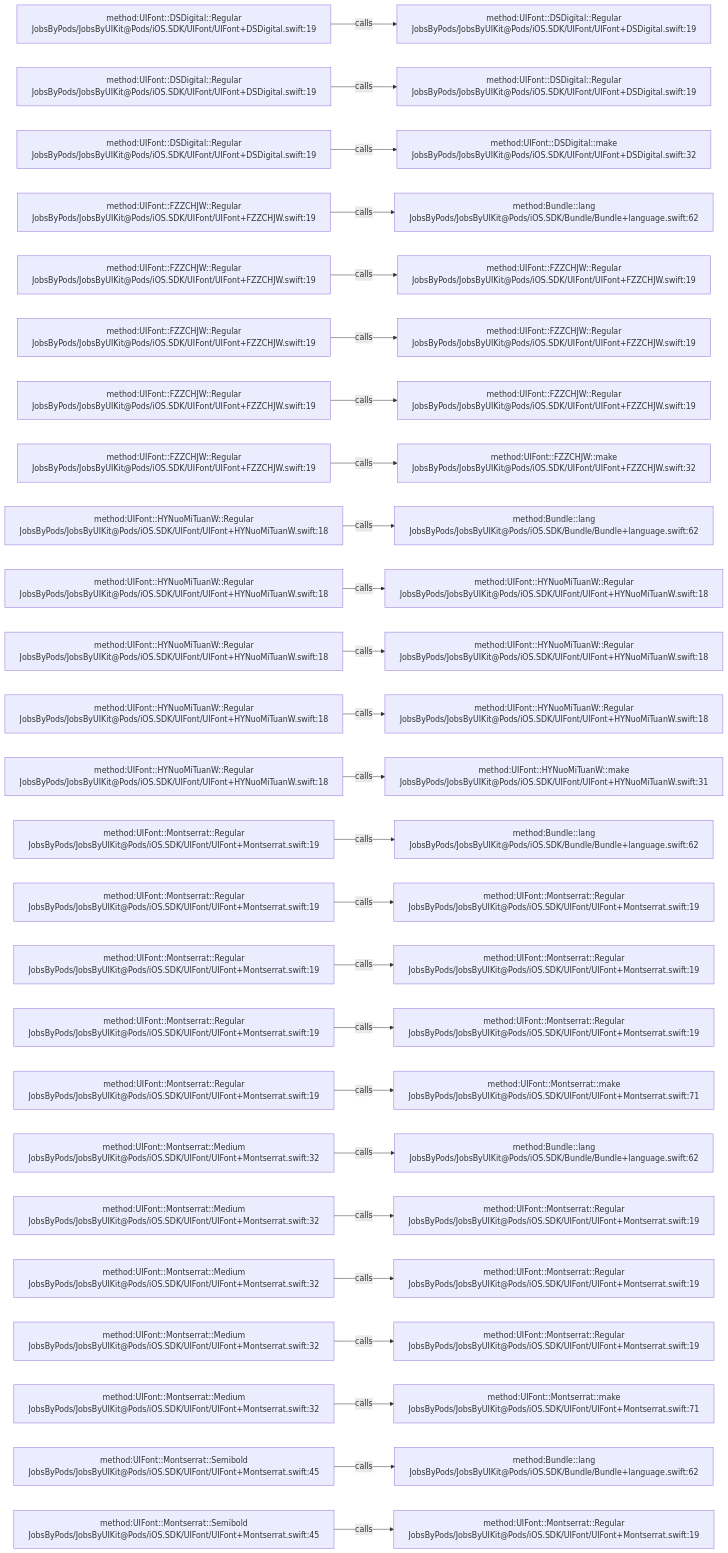
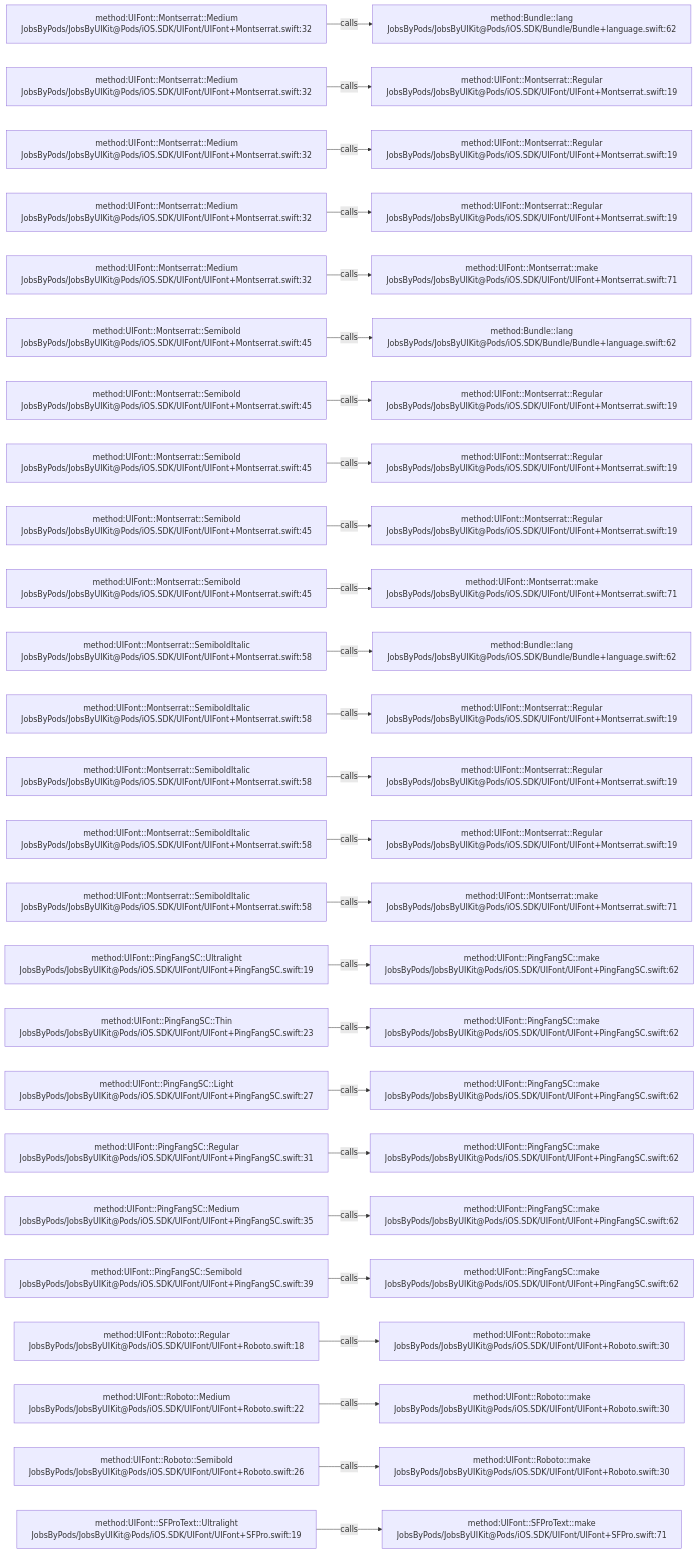
Before and after one commit to JobsKits/JobsSwiftBaseConfigDemo: the diagram in .codegraph/codegraph.md/graphs/calls-004.md, drawn with Mermaid. The commit also changed 2959 other files, not shown here.

````diff
--- a/.codegraph/codegraph.md/graphs/calls-004.md
+++ b/.codegraph/codegraph.md/graphs/calls-004.md
@@ -13,78 +13,78 @@
 ```mermaid
 flowchart LR
-  S1["method:UIFont::DSDigital::Regular<br/>JobsByPods/JobsByUIKit@Pods/iOS.SDK/UIFont/UIFont+DSDigital.swift:19"]
-  T1["method:UIFont::DSDigital::Regular<br/>JobsByPods/JobsByUIKit@Pods/iOS.SDK/UIFont/UIFont+DSDigital.swift:19"]
+  S1["method:UIFont::Montserrat::Medium<br/>JobsByPods/JobsByUIKit@Pods/iOS.SDK/UIFont/UIFont+Montserrat.swift:32"]
+  T1["method:Bundle::lang<br/>JobsByPods/JobsByUIKit@Pods/iOS.SDK/Bundle/Bundle+language.swift:62"]
   S1 -->|calls| T1
-  S2["method:UIFont::DSDigital::Regular<br/>JobsByPods/JobsByUIKit@Pods/iOS.SDK/UIFont/UIFont+DSDigital.swift:19"]
-  T2["method:UIFont::DSDigital::Regular<br/>JobsByPods/JobsByUIKit@Pods/iOS.SDK/UIFont/UIFont+DSDigital.swift:19"]
+  S2["method:UIFont::Montserrat::Medium<br/>JobsByPods/JobsByUIKit@Pods/iOS.SDK/UIFont/UIFont+Montserrat.swift:32"]
+  T2["method:UIFont::Montserrat::Regular<br/>JobsByPods/JobsByUIKit@Pods/iOS.SDK/UIFont/UIFont+Montserrat.swift:19"]
   S2 -->|calls| T2
-  S3["method:UIFont::DSDigital::Regular<br/>JobsByPods/JobsByUIKit@Pods/iOS.SDK/UIFont/UIFont+DSDigital.swift:19"]
-  T3["method:UIFont::DSDigital::make<br/>JobsByPods/JobsByUIKit@Pods/iOS.SDK/UIFont/UIFont+DSDigital.swift:32"]
+  S3["method:UIFont::Montserrat::Medium<br/>JobsByPods/JobsByUIKit@Pods/iOS.SDK/UIFont/UIFont+Montserrat.swift:32"]
+  T3["method:UIFont::Montserrat::Regular<br/>JobsByPods/JobsByUIKit@Pods/iOS.SDK/UIFont/UIFont+Montserrat.swift:19"]
   S3 -->|calls| T3
-  S4["method:UIFont::FZZCHJW::Regular<br/>JobsByPods/JobsByUIKit@Pods/iOS.SDK/UIFont/UIFont+FZZCHJW.swift:19"]
-  T4["method:Bundle::lang<br/>JobsByPods/JobsByUIKit@Pods/iOS.SDK/Bundle/Bundle+language.swift:62"]
+  S4["method:UIFont::Montserrat::Medium<br/>JobsByPods/JobsByUIKit@Pods/iOS.SDK/UIFont/UIFont+Montserrat.swift:32"]
+  T4["method:UIFont::Montserrat::Regular<br/>JobsByPods/JobsByUIKit@Pods/iOS.SDK/UIFont/UIFont+Montserrat.swift:19"]
   S4 -->|calls| T4
-  S5["method:UIFont::FZZCHJW::Regular<br/>JobsByPods/JobsByUIKit@Pods/iOS.SDK/UIFont/UIFont+FZZCHJW.swift:19"]
-  T5["method:UIFont::FZZCHJW::Regular<br/>JobsByPods/JobsByUIKit@Pods/iOS.SDK/UIFont/UIFont+FZZCHJW.swift:19"]
+  S5["method:UIFont::Montserrat::Medium<br/>JobsByPods/JobsByUIKit@Pods/iOS.SDK/UIFont/UIFont+Montserrat.swift:32"]
+  T5["method:UIFont::Montserrat::make<br/>JobsByPods/JobsByUIKit@Pods/iOS.SDK/UIFont/UIFont+Montserrat.swift:71"]
   S5 -->|calls| T5
-  S6["method:UIFont::FZZCHJW::Regular<br/>JobsByPods/JobsByUIKit@Pods/iOS.SDK/UIFont/UIFont+FZZCHJW.swift:19"]
-  T6["method:UIFont::FZZCHJW::Regular<br/>JobsByPods/JobsByUIKit@Pods/iOS.SDK/UIFont/UIFont+FZZCHJW.swift:19"]
+  S6["method:UIFont::Montserrat::Semibold<br/>JobsByPods/JobsByUIKit@Pods/iOS.SDK/UIFont/UIFont+Montserrat.swift:45"]
+  T6["method:Bundle::lang<br/>JobsByPods/JobsByUIKit@Pods/iOS.SDK/Bundle/Bundle+language.swift:62"]
   S6 -->|calls| T6
-  S7["method:UIFont::FZZCHJW::Regular<br/>JobsByPods/JobsByUIKit@Pods/iOS.SDK/UIFont/UIFont+FZZCHJW.swift:19"]
-  T7["method:UIFont::FZZCHJW::Regular<br/>JobsByPods/JobsByUIKit@Pods/iOS.SDK/UIFont/UIFont+FZZCHJW.swift:19"]
+  S7["method:UIFont::Montserrat::Semibold<br/>JobsByPods/JobsByUIKit@Pods/iOS.SDK/UIFont/UIFont+Montserrat.swift:45"]
+  T7["method:UIFont::Montserrat::Regular<br/>JobsByPods/JobsByUIKit@Pods/iOS.SDK/UIFont/UIFont+Montserrat.swift:19"]
   S7 -->|calls| T7
-  S8["method:UIFont::FZZCHJW::Regular<br/>JobsByPods/JobsByUIKit@Pods/iOS.SDK/UIFont/UIFont+FZZCHJW.swift:19"]
-  T8["method:UIFont::FZZCHJW::make<br/>JobsByPods/JobsByUIKit@Pods/iOS.SDK/UIFont/UIFont+FZZCHJW.swift:32"]
+  S8["method:UIFont::Montserrat::Semibold<br/>JobsByPods/JobsByUIKit@Pods/iOS.SDK/UIFont/UIFont+Montserrat.swift:45"]
+  T8["method:UIFont::Montserrat::Regular<br/>JobsByPods/JobsByUIKit@Pods/iOS.SDK/UIFont/UIFont+Montserrat.swift:19"]
   S8 -->|calls| T8
-  S9["method:UIFont::HYNuoMiTuanW::Regular<br/>JobsByPods/JobsByUIKit@Pods/iOS.SDK/UIFont/UIFont+HYNuoMiTuanW.swift:18"]
-  T9["method:Bundle::lang<br/>JobsByPods/JobsByUIKit@Pods/iOS.SDK/Bundle/Bundle+language.swift:62"]
+  S9["method:UIFont::Montserrat::Semibold<br/>JobsByPods/JobsByUIKit@Pods/iOS.SDK/UIFont/UIFont+Montserrat.swift:45"]
+  T9["method:UIFont::Montserrat::Regular<br/>JobsByPods/JobsByUIKit@Pods/iOS.SDK/UIFont/UIFont+Montserrat.swift:19"]
   S9 -->|calls| T9
-  S10["method:UIFont::HYNuoMiTuanW::Regular<br/>JobsByPods/JobsByUIKit@Pods/iOS.SDK/UIFont/UIFont+HYNuoMiTuanW.swift:18"]
-  T10["method:UIFont::HYNuoMiTuanW::Regular<br/>JobsByPods/JobsByUIKit@Pods/iOS.SDK/UIFont/UIFont+HYNuoMiTuanW.swift:18"]
+  S10["method:UIFont::Montserrat::Semibold<br/>JobsByPods/JobsByUIKit@Pods/iOS.SDK/UIFont/UIFont+Montserrat.swift:45"]
+  T10["method:UIFont::Montserrat::make<br/>JobsByPods/JobsByUIKit@Pods/iOS.SDK/UIFont/UIFont+Montserrat.swift:71"]
   S10 -->|calls| T10
-  S11["method:UIFont::HYNuoMiTuanW::Regular<br/>JobsByPods/JobsByUIKit@Pods/iOS.SDK/UIFont/UIFont+HYNuoMiTuanW.swift:18"]
-  T11["method:UIFont::HYNuoMiTuanW::Regular<br/>JobsByPods/JobsByUIKit@Pods/iOS.SDK/UIFont/UIFont+HYNuoMiTuanW.swift:18"]
+  S11["method:UIFont::Montserrat::SemiboldItalic<br/>JobsByPods/JobsByUIKit@Pods/iOS.SDK/UIFont/UIFont+Montserrat.swift:58"]
+  T11["method:Bundle::lang<br/>JobsByPods/JobsByUIKit@Pods/iOS.SDK/Bundle/Bundle+language.swift:62"]
   S11 -->|calls| T11
-  S12["method:UIFont::HYNuoMiTuanW::Regular<br/>JobsByPods/JobsByUIKit@Pods/iOS.SDK/UIFont/UIFont+HYNuoMiTuanW.swift:18"]
-  T12["method:UIFont::HYNuoMiTuanW::Regular<br/>JobsByPods/JobsByUIKit@Pods/iOS.SDK/UIFont/UIFont+HYNuoMiTuanW.swift:18"]
+  S12["method:UIFont::Montserrat::SemiboldItalic<br/>JobsByPods/JobsByUIKit@Pods/iOS.SDK/UIFont/UIFont+Montserrat.swift:58"]
+  T12["method:UIFont::Montserrat::Regular<br/>JobsByPods/JobsByUIKit@Pods/iOS.SDK/UIFont/UIFont+Montserrat.swift:19"]
   S12 -->|calls| T12
-  S13["method:UIFont::HYNuoMiTuanW::Regular<br/>JobsByPods/JobsByUIKit@Pods/iOS.SDK/UIFont/UIFont+HYNuoMiTuanW.swift:18"]
-  T13["method:UIFont::HYNuoMiTuanW::make<br/>JobsByPods/JobsByUIKit@Pods/iOS.SDK/UIFont/UIFont+HYNuoMiTuanW.swift:31"]
+  S13["method:UIFont::Montserrat::SemiboldItalic<br/>JobsByPods/JobsByUIKit@Pods/iOS.SDK/UIFont/UIFont+Montserrat.swift:58"]
+  T13["method:UIFont::Montserrat::Regular<br/>JobsByPods/JobsByUIKit@Pods/iOS.SDK/UIFont/UIFont+Montserrat.swift:19"]
   S13 -->|calls| T13
-  S14["method:UIFont::Montserrat::Regular<br/>JobsByPods/JobsByUIKit@Pods/iOS.SDK/UIFont/UIFont+Montserrat.swift:19"]
-  T14["method:Bundle::lang<br/>JobsByPods/JobsByUIKit@Pods/iOS.SDK/Bundle/Bundle+language.swift:62"]
+  S14["method:UIFont::Montserrat::SemiboldItalic<br/>JobsByPods/JobsByUIKit@Pods/iOS.SDK/UIFont/UIFont+Montserrat.swift:58"]
+  T14["method:UIFont::Montserrat::Regular<br/>JobsByPods/JobsByUIKit@Pods/iOS.SDK/UIFont/UIFont+Montserrat.swift:19"]
   S14 -->|calls| T14
-  S15["method:UIFont::Montserrat::Regular<br/>JobsByPods/JobsByUIKit@Pods/iOS.SDK/UIFont/UIFont+Montserrat.swift:19"]
-  T15["method:UIFont::Montserrat::Regular<br/>JobsByPods/JobsByUIKit@Pods/iOS.SDK/UIFont/UIFont+Montserrat.swift:19"]
+  S15["method:UIFont::Montserrat::SemiboldItalic<br/>JobsByPods/JobsByUIKit@Pods/iOS.SDK/UIFont/UIFont+Montserrat.swift:58"]
+  T15["method:UIFont::Montserrat::make<br/>JobsByPods/JobsByUIKit@Pods/iOS.SDK/UIFont/UIFont+Montserrat.swift:71"]
   S15 -->|calls| T15
-  S16["method:UIFont::Montserrat::Regular<br/>JobsByPods/JobsByUIKit@Pods/iOS.SDK/UIFont/UIFont+Montserrat.swift:19"]
-  T16["method:UIFont::Montserrat::Regular<br/>JobsByPods/JobsByUIKit@Pods/iOS.SDK/UIFont/UIFont+Montserrat.swift:19"]
+  S16["method:UIFont::PingFangSC::Ultralight<br/>JobsByPods/JobsByUIKit@Pods/iOS.SDK/UIFont/UIFont+PingFangSC.swift:19"]
+  T16["method:UIFont::PingFangSC::make<br/>JobsByPods/JobsByUIKit@Pods/iOS.SDK/UIFont/UIFont+PingFangSC.swift:62"]
   S16 -->|calls| T16
-  S17["method:UIFont::Montserrat::Regular<br/>JobsByPods/JobsByUIKit@Pods/iOS.SDK/UIFont/UIFont+Montserrat.swift:19"]
-  T17["method:UIFont::Montserrat::Regular<br/>JobsByPods/JobsByUIKit@Pods/iOS.SDK/UIFont/UIFont+Montserrat.swift:19"]
+  S17["method:UIFont::PingFangSC::Thin<br/>JobsByPods/JobsByUIKit@Pods/iOS.SDK/UIFont/UIFont+PingFangSC.swift:23"]
+  T17["method:UIFont::PingFangSC::make<br/>JobsByPods/JobsByUIKit@Pods/iOS.SDK/UIFont/UIFont+PingFangSC.swift:62"]
   S17 -->|calls| T17
-  S18["method:UIFont::Montserrat::Regular<br/>JobsByPods/JobsByUIKit@Pods/iOS.SDK/UIFont/UIFont+Montserrat.swift:19"]
-  T18["method:UIFont::Montserrat::make<br/>JobsByPods/JobsByUIKit@Pods/iOS.SDK/UIFont/UIFont+Montserrat.swift:71"]
+  S18["method:UIFont::PingFangSC::Light<br/>JobsByPods/JobsByUIKit@Pods/iOS.SDK/UIFont/UIFont+PingFangSC.swift:27"]
+  T18["method:UIFont::PingFangSC::make<br/>JobsByPods/JobsByUIKit@Pods/iOS.SDK/UIFont/UIFont+PingFangSC.swift:62"]
   S18 -->|calls| T18
-  S19["method:UIFont::Montserrat::Medium<br/>JobsByPods/JobsByUIKit@Pods/iOS.SDK/UIFont/UIFont+Montserrat.swift:32"]
-  T19["method:Bundle::lang<br/>JobsByPods/JobsByUIKit@Pods/iOS.SDK/Bundle/Bundle+language.swift:62"]
+  S19["method:UIFont::PingFangSC::Regular<br/>JobsByPods/JobsByUIKit@Pods/iOS.SDK/UIFont/UIFont+PingFangSC.swift:31"]
+  T19["method:UIFont::PingFangSC::make<br/>JobsByPods/JobsByUIKit@Pods/iOS.SDK/UIFont/UIFont+PingFangSC.swift:62"]
   S19 -->|calls| T19
-  S20["method:UIFont::Montserrat::Medium<br/>JobsByPods/JobsByUIKit@Pods/iOS.SDK/UIFont/UIFont+Montserrat.swift:32"]
-  T20["method:UIFont::Montserrat::Regular<br/>JobsByPods/JobsByUIKit@Pods/iOS.SDK/UIFont/UIFont+Montserrat.swift:19"]
+  S20["method:UIFont::PingFangSC::Medium<br/>JobsByPods/JobsByUIKit@Pods/iOS.SDK/UIFont/UIFont+PingFangSC.swift:35"]
+  T20["method:UIFont::PingFangSC::make<br/>JobsByPods/JobsByUIKit@Pods/iOS.SDK/UIFont/UIFont+PingFangSC.swift:62"]
   S20 -->|calls| T20
-  S21["method:UIFont::Montserrat::Medium<br/>JobsByPods/JobsByUIKit@Pods/iOS.SDK/UIFont/UIFont+Montserrat.swift:32"]
-  T21["method:UIFont::Montserrat::Regular<br/>JobsByPods/JobsByUIKit@Pods/iOS.SDK/UIFont/UIFont+Montserrat.swift:19"]
+  S21["method:UIFont::PingFangSC::Semibold<br/>JobsByPods/JobsByUIKit@Pods/iOS.SDK/UIFont/UIFont+PingFangSC.swift:39"]
+  T21["method:UIFont::PingFangSC::make<br/>JobsByPods/JobsByUIKit@Pods/iOS.SDK/UIFont/UIFont+PingFangSC.swift:62"]
   S21 -->|calls| T21
-  S22["method:UIFont::Montserrat::Medium<br/>JobsByPods/JobsByUIKit@Pods/iOS.SDK/UIFont/UIFont+Montserrat.swift:32"]
-  T22["method:UIFont::Montserrat::Regular<br/>JobsByPods/JobsByUIKit@Pods/iOS.SDK/UIFont/UIFont+Montserrat.swift:19"]
+  S22["method:UIFont::Roboto::Regular<br/>JobsByPods/JobsByUIKit@Pods/iOS.SDK/UIFont/UIFont+Roboto.swift:18"]
+  T22["method:UIFont::Roboto::make<br/>JobsByPods/JobsByUIKit@Pods/iOS.SDK/UIFont/UIFont+Roboto.swift:30"]
   S22 -->|calls| T22
-  S23["method:UIFont::Montserrat::Medium<br/>JobsByPods/JobsByUIKit@Pods/iOS.SDK/UIFont/UIFont+Montserrat.swift:32"]
-  T23["method:UIFont::Montserrat::make<br/>JobsByPods/JobsByUIKit@Pods/iOS.SDK/UIFont/UIFont+Montserrat.swift:71"]
+  S23["method:UIFont::Roboto::Medium<br/>JobsByPods/JobsByUIKit@Pods/iOS.SDK/UIFont/UIFont+Roboto.swift:22"]
+  T23["method:UIFont::Roboto::make<br/>JobsByPods/JobsByUIKit@Pods/iOS.SDK/UIFont/UIFont+Roboto.swift:30"]
   S23 -->|calls| T23
-  S24["method:UIFont::Montserrat::Semibold<br/>JobsByPods/JobsByUIKit@Pods/iOS.SDK/UIFont/UIFont+Montserrat.swift:45"]
-  T24["method:Bundle::lang<br/>JobsByPods/JobsByUIKit@Pods/iOS.SDK/Bundle/Bundle+language.swift:62"]
+  S24["method:UIFont::Roboto::Semibold<br/>JobsByPods/JobsByUIKit@Pods/iOS.SDK/UIFont/UIFont+Roboto.swift:26"]
+  T24["method:UIFont::Roboto::make<br/>JobsByPods/JobsByUIKit@Pods/iOS.SDK/UIFont/UIFont+Roboto.swift:30"]
   S24 -->|calls| T24
-  S25["method:UIFont::Montserrat::Semibold<br/>JobsByPods/JobsByUIKit@Pods/iOS.SDK/UIFont/UIFont+Montserrat.swift:45"]
-  T25["method:UIFont::Montserrat::Regular<br/>JobsByPods/JobsByUIKit@Pods/iOS.SDK/UIFont/UIFont+Montserrat.swift:19"]
+  S25["method:UIFont::SFProText::Ultralight<br/>JobsByPods/JobsByUIKit@Pods/iOS.SDK/UIFont/UIFont+SFPro.swift:19"]
+  T25["method:UIFont::SFProText::make<br/>JobsByPods/JobsByUIKit@Pods/iOS.SDK/UIFont/UIFont+SFPro.swift:71"]
   S25 -->|calls| T25
 ```
````
